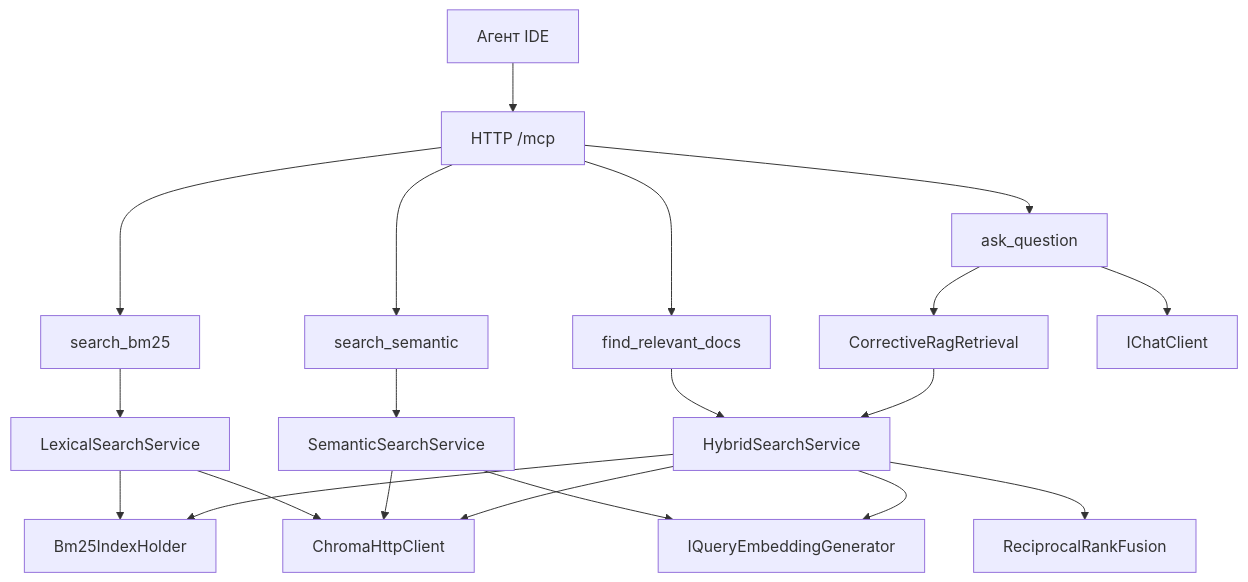
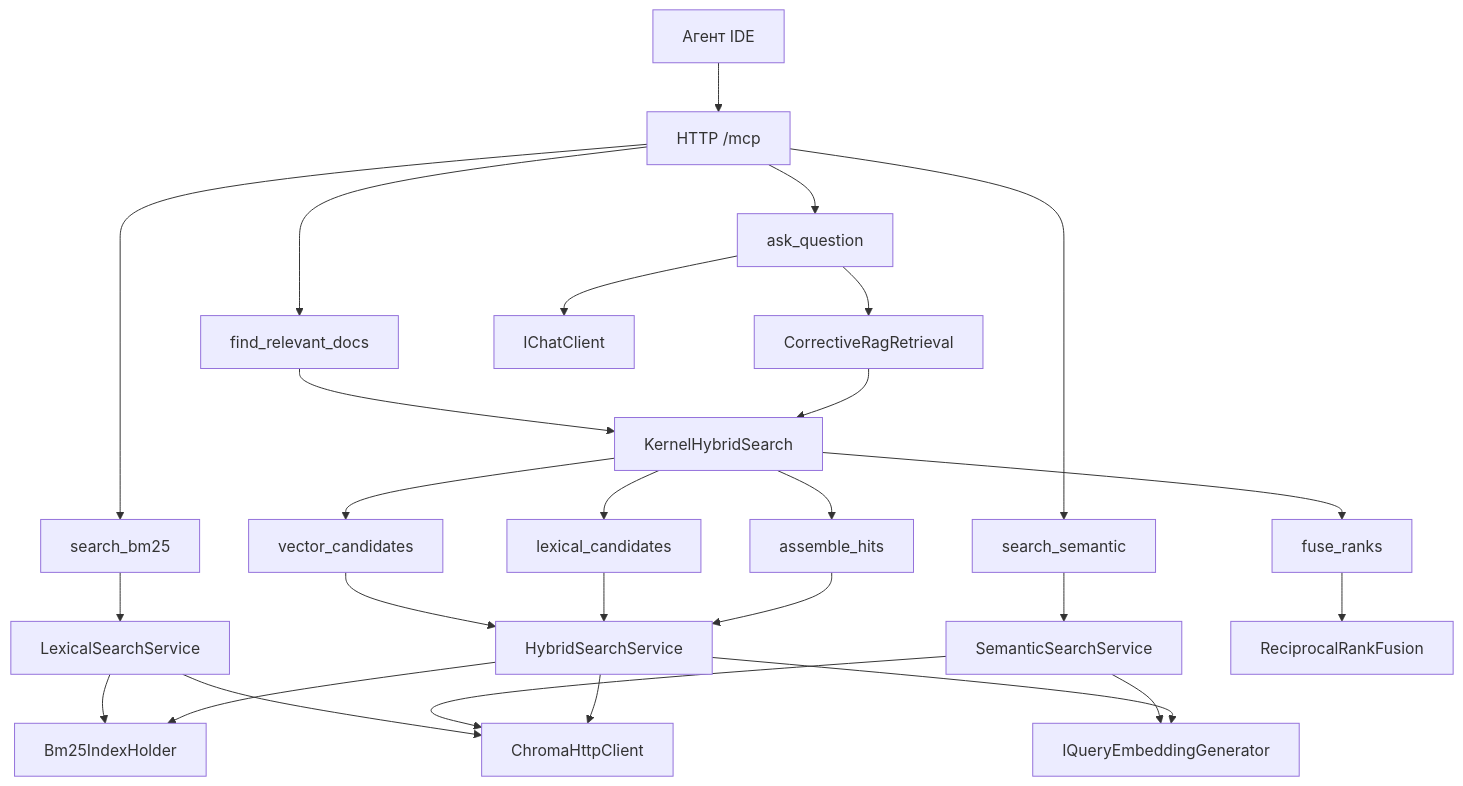
The second of 3 diagrams in ARCHITECTURE.md (luna-pulse/MCP.RAG.StarTrek), drawn with Mermaid before and after one commit. The commit also changed other lines of this file and 15 other files, not shown here.

First line of the commit message:
Orchestrate hybrid search through Semantic Kernel.

````diff
--- a/ARCHITECTURE.md
+++ b/ARCHITECTURE.md
@@ -140,22 +142,29 @@
 ```mermaid
 flowchart TB
   client[Агент IDE] --> http["HTTP /mcp"]
   http --> bm25tool[search_bm25]
   http --> semtool[search_semantic]
   http --> hybtool[find_relevant_docs]
   http --> asktool[ask_question]
   bm25tool --> lexical[LexicalSearchService]
   semtool --> semantic[SemanticSearchService]
-  hybtool --> hybrid[HybridSearchService]
+  hybtool --> kernel[KernelHybridSearch]
+  kernel --> vectorFn[vector_candidates]
+  kernel --> lexicalFn[lexical_candidates]
+  kernel --> fuseFn[fuse_ranks]
+  kernel --> assembleFn[assemble_hits]
   lexical --> corpus[Bm25IndexHolder]
   lexical --> chroma[ChromaHttpClient]
   semantic --> embedder[IQueryEmbeddingGenerator]
   semantic --> chroma
+  vectorFn --> hybrid[HybridSearchService]
+  lexicalFn --> hybrid
+  fuseFn --> rrf[ReciprocalRankFusion]
+  assembleFn --> hybrid
   hybrid --> corpus
   hybrid --> embedder
   hybrid --> chroma
-  hybrid --> rrf[ReciprocalRankFusion]
   asktool --> retrieval[CorrectiveRagRetrieval]
-  retrieval --> hybrid
+  retrieval --> kernel
   asktool --> chat[IChatClient]
 ```
````
